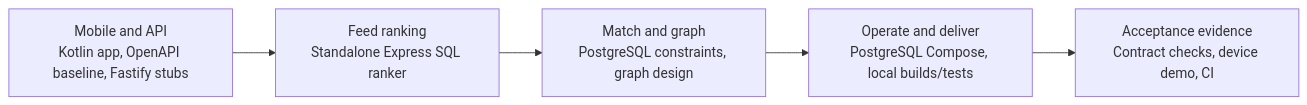
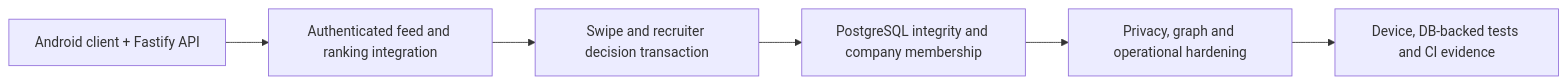
Before and after one commit to bhsei/26A: diagram 14 of 14 in docs/design/SAD.md, drawn with Mermaid. The commit also changed other lines of this file, not shown here.

First line of the commit message:
W10 - SAD design v1.0; add AdoptAJob Software Architecture Document

````diff
--- a/docs/design/SAD.md
+++ b/docs/design/SAD.md
@@ -1042,7 +1164,8 @@
 ```mermaid
 flowchart LR
-    A[Mobile and API<br/>Kotlin app, OpenAPI baseline, Fastify stubs] --> B[Feed ranking<br/>Standalone Express SQL ranker]
-    B --> C[Match and graph<br/>PostgreSQL constraints, graph design]
-    C --> D[Operate and deliver<br/>PostgreSQL Compose, local builds/tests]
-    D --> E[Acceptance evidence<br/>Contract checks, device demo, CI]
+    A[Android client + Fastify API] --> B[Authenticated feed and ranking integration]
+    B --> C[Swipe and recruiter decision transaction]
+    C --> D[PostgreSQL integrity and company membership]
+    D --> E[Privacy, graph and operational hardening]
+    E --> F[Device, DB-backed tests and CI evidence]
 ```
````
